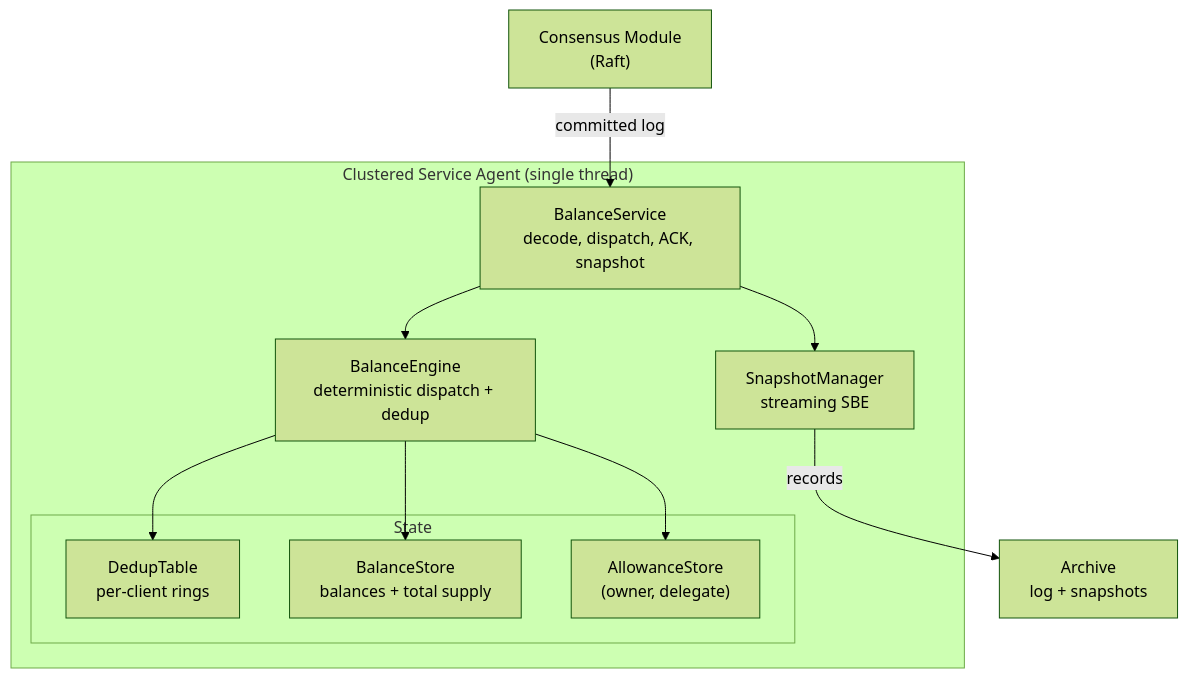
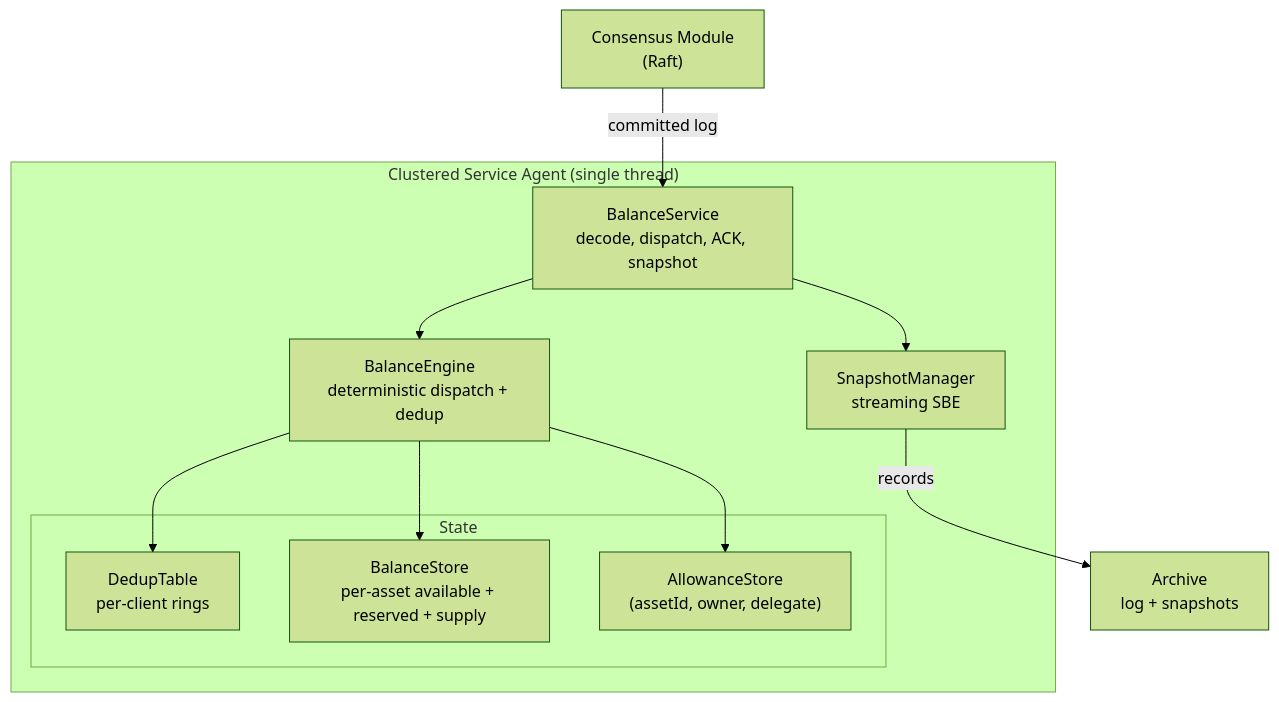
One commit to justrade-io/ledgerd changed the diagram in README.md. Above: the diagram before and after it, drawn with Mermaid (forest theme). The commit also changed other lines of this file and 41 other files, not shown here.

````diff
--- a/README.md
+++ b/README.md
@@ -265,20 +273,20 @@
 ```mermaid
 flowchart TB
     subgraph SVC["Clustered Service Agent (single thread)"]
         BS["BalanceService\ndecode, dispatch, ACK, snapshot"]
         BE["BalanceEngine\ndeterministic dispatch + dedup"]
         subgraph STATE["State"]
             DT["DedupTable\nper-client rings"]
-            BSTORE["BalanceStore\nbalances + total supply"]
-            ASTORE["AllowanceStore\n(owner, delegate)"]
+            BSTORE["BalanceStore\nper-asset available + reserved + supply"]
+            ASTORE["AllowanceStore\n(assetId, owner, delegate)"]
         end
         SM["SnapshotManager\nstreaming SBE"]
         BS --> BE
         BE --> DT
         BE --> BSTORE
         BE --> ASTORE
         BS --> SM
     end
     CM["Consensus Module\n(Raft)"] -->|" committed log "| BS
     SM -->|" records "| AR["Archive\nlog + snapshots"]
 ```
````
